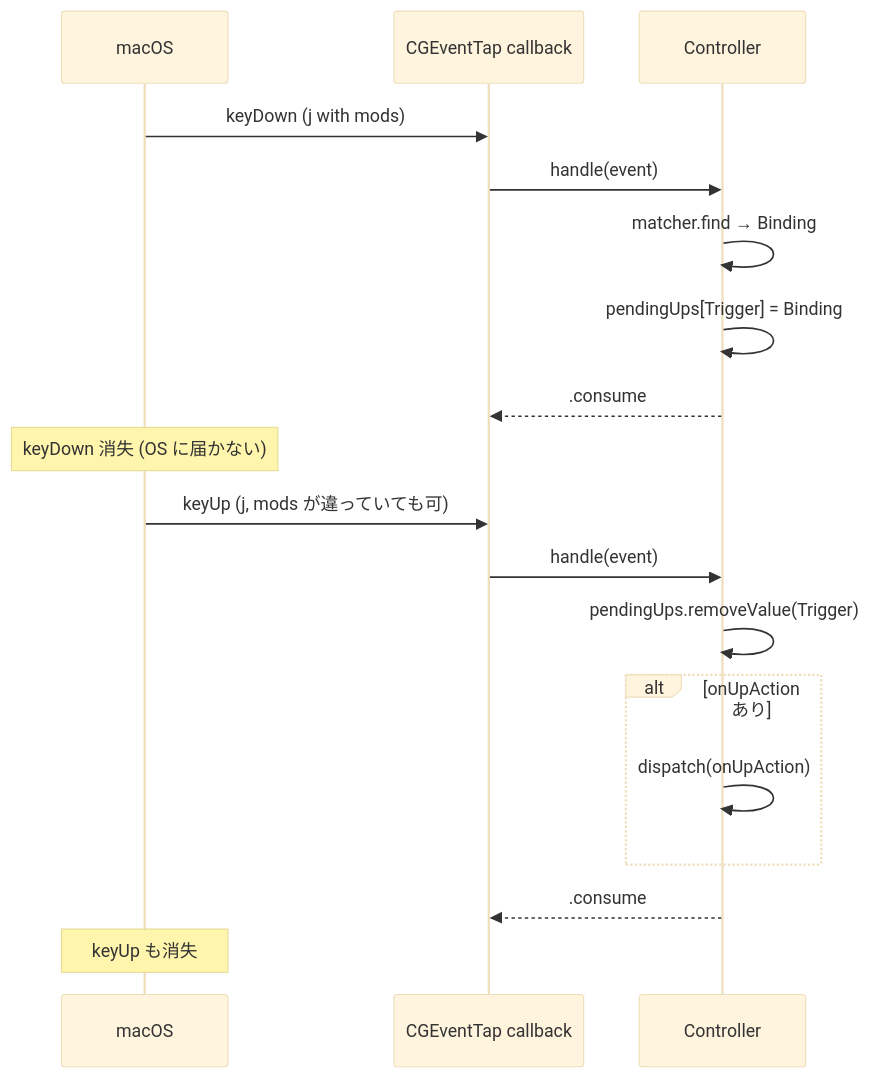
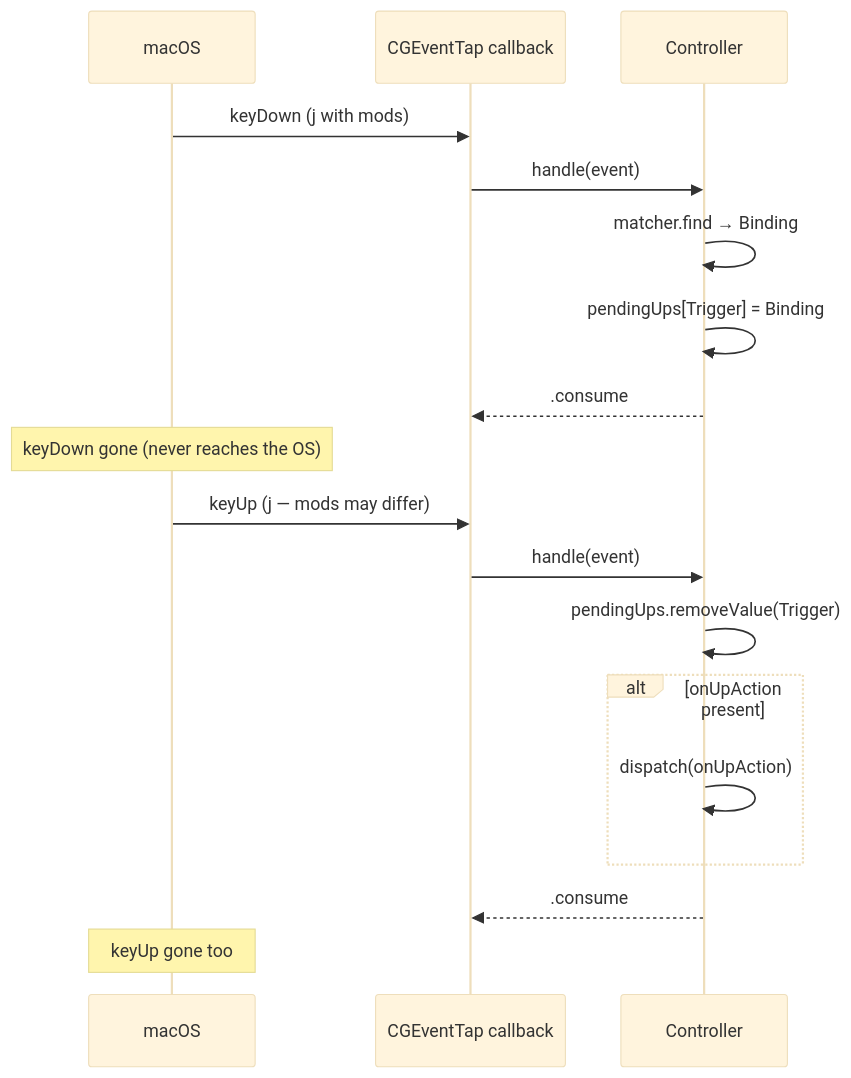
The third of 3 diagrams in docs/glossary.md (akira-toriyama/chord), drawn with Mermaid (base theme) before and after one commit. The commit also changed other lines of this file and 3 other files, not shown here.

````diff
--- a/docs/glossary.md
+++ b/docs/glossary.md
@@ -436,21 +451,21 @@
 ```mermaid
 sequenceDiagram
   participant OS as macOS
   participant Tap as CGEventTap callback
   participant Ctrl as Controller
   OS->>Tap: keyDown (j with mods)
   Tap->>Ctrl: handle(event)
   Ctrl->>Ctrl: matcher.find → Binding
   Ctrl->>Ctrl: pendingUps[Trigger] = Binding
   Ctrl-->>Tap: .consume
-  Note over OS: keyDown 消失 (OS に届かない)
+  Note over OS: keyDown gone (never reaches the OS)
 
-  OS->>Tap: keyUp (j, mods が違っていても可)
+  OS->>Tap: keyUp (j — mods may differ)
   Tap->>Ctrl: handle(event)
   Ctrl->>Ctrl: pendingUps.removeValue(Trigger)
-  alt onUpAction あり
+  alt onUpAction present
     Ctrl->>Ctrl: dispatch(onUpAction)
   end
   Ctrl-->>Tap: .consume
-  Note over OS: keyUp も消失
+  Note over OS: keyUp gone too
 ```
````
